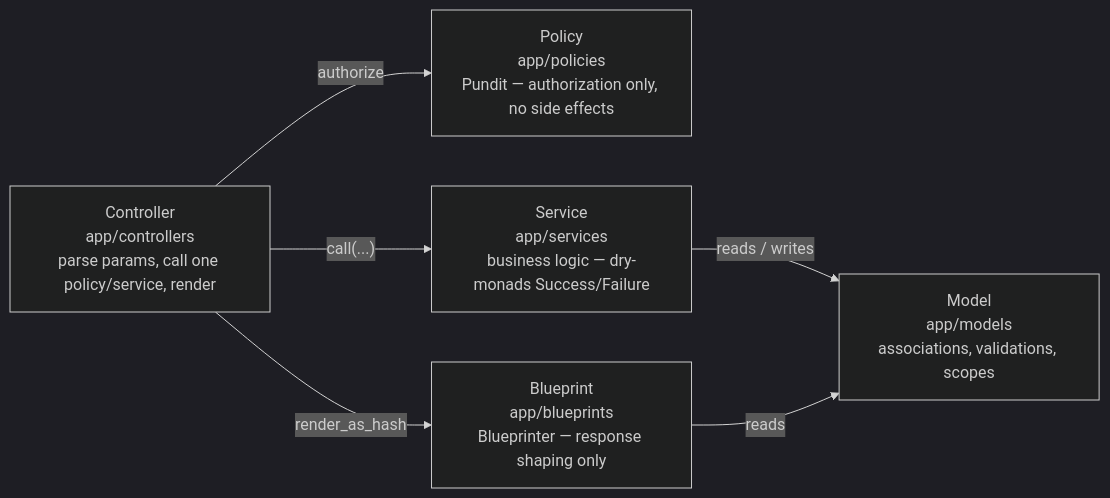
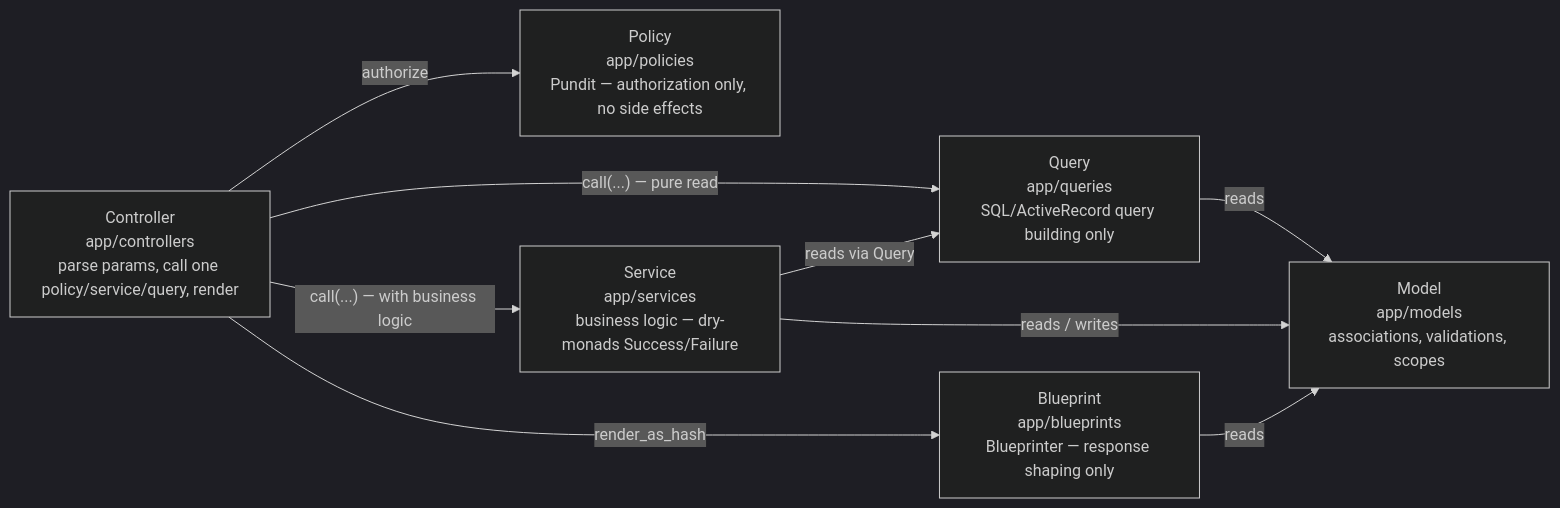
One commit to arya020595/st_dofi_backend changed the third of 7 diagrams in docs/ARCHITECTURE.md. Above: the diagram before and after it, drawn with Mermaid (dark theme). The commit also changed other lines of this file and 13 other files, not shown here.

First line of the commit message:
refactor(dashboard): split SQL into Query layer, move formatting to Blueprint

````diff
--- a/docs/ARCHITECTURE.md
+++ b/docs/ARCHITECTURE.md
@@ -116,14 +116,18 @@
 ```mermaid
 graph LR
-    C["Controller<br/>app/controllers<br/>parse params, call one policy/service, render"]
+    C["Controller<br/>app/controllers<br/>parse params, call one policy/service/query, render"]
     P["Policy<br/>app/policies<br/>Pundit — authorization only, no side effects"]
     S["Service<br/>app/services<br/>business logic — dry-monads Success/Failure"]
+    Q["Query<br/>app/queries<br/>SQL/ActiveRecord query building only"]
     M["Model<br/>app/models<br/>associations, validations, scopes"]
     B["Blueprint<br/>app/blueprints<br/>Blueprinter — response shaping only"]
 
     C -->|"authorize"| P
-    C -->|"call(...)"| S
+    C -->|"call(...) — with business logic"| S
+    C -->|"call(...) — pure read"| Q
+    S -->|"reads via Query"| Q
+    Q -->|"reads"| M
     S -->|"reads / writes"| M
     C -->|"render_as_hash"| B
     B -->|"reads"| M
 ```
````
